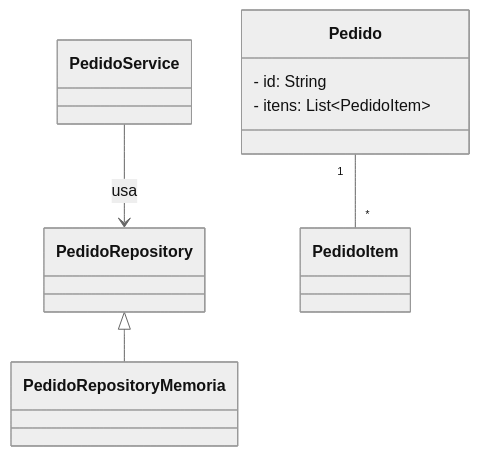
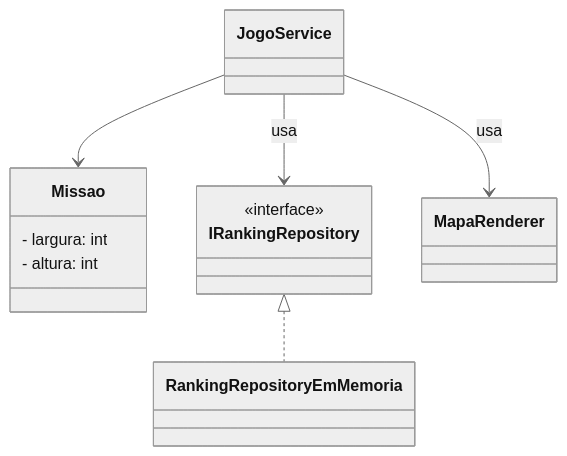
One commit to ProfBezerra/T200-ProjArqSist changed the diagram in missaoMarteUnifor/grasp/apostilas-grasp/pure-fabrication.md. Above: the diagram before and after it, drawn with Mermaid (neutral theme). The commit also changed other lines of this file and 10 other files, not shown here.

````diff
--- a/missaoMarteUnifor/grasp/apostilas-grasp/pure-fabrication.md
+++ b/missaoMarteUnifor/grasp/apostilas-grasp/pure-fabrication.md
@@ -87,15 +91,19 @@
 ```mermaid
 classDiagram
-  class Pedido {
-  - id: String
-  - itens: List~PedidoItem~
+  class Missao {
+    - largura: int
+    - altura: int
   }
 
-  interface PedidoRepository
-  class PedidoRepositoryMemoria
-  class PedidoService
+  class IRankingRepository {
+    <<interface>>
+  }
+  class RankingRepositoryEmMemoria
+  class MapaRenderer
+  class JogoService
 
-  PedidoService --> PedidoRepository : usa
-  PedidoRepository <|-- PedidoRepositoryMemoria
-  Pedido "1" -- "*" PedidoItem
+  JogoService --> Missao
+  JogoService --> MapaRenderer : usa
+  JogoService --> IRankingRepository : usa
+  IRankingRepository <|.. RankingRepositoryEmMemoria
 ```
````
